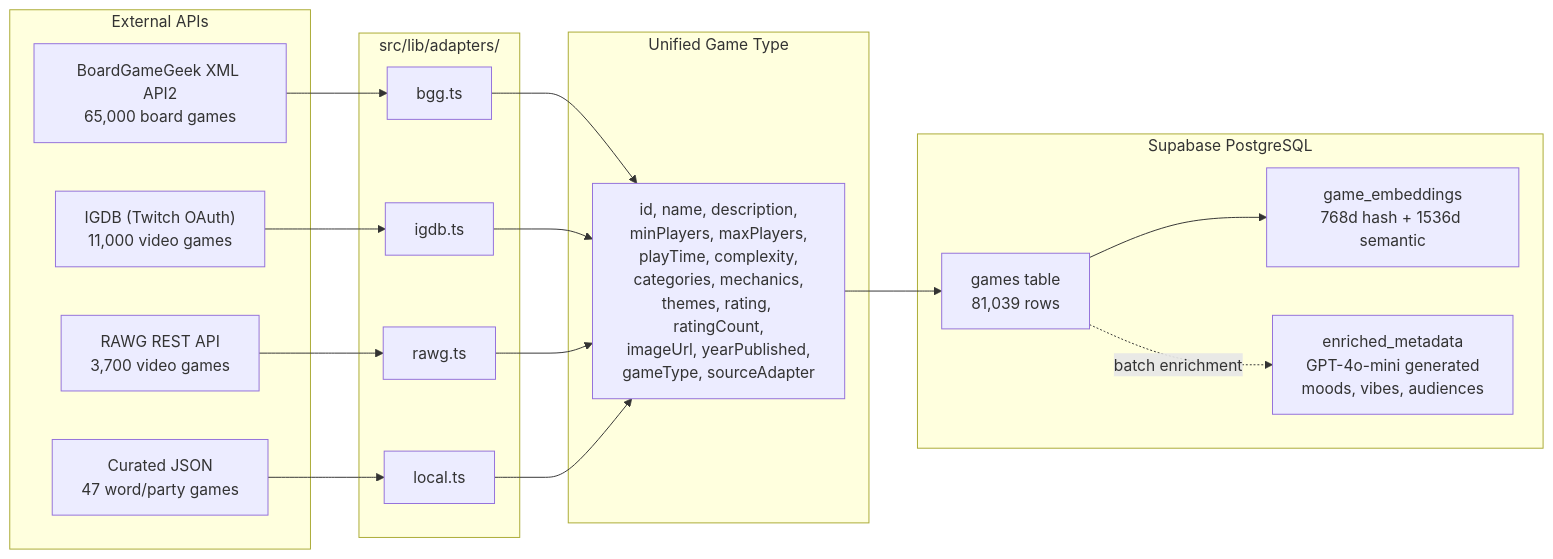
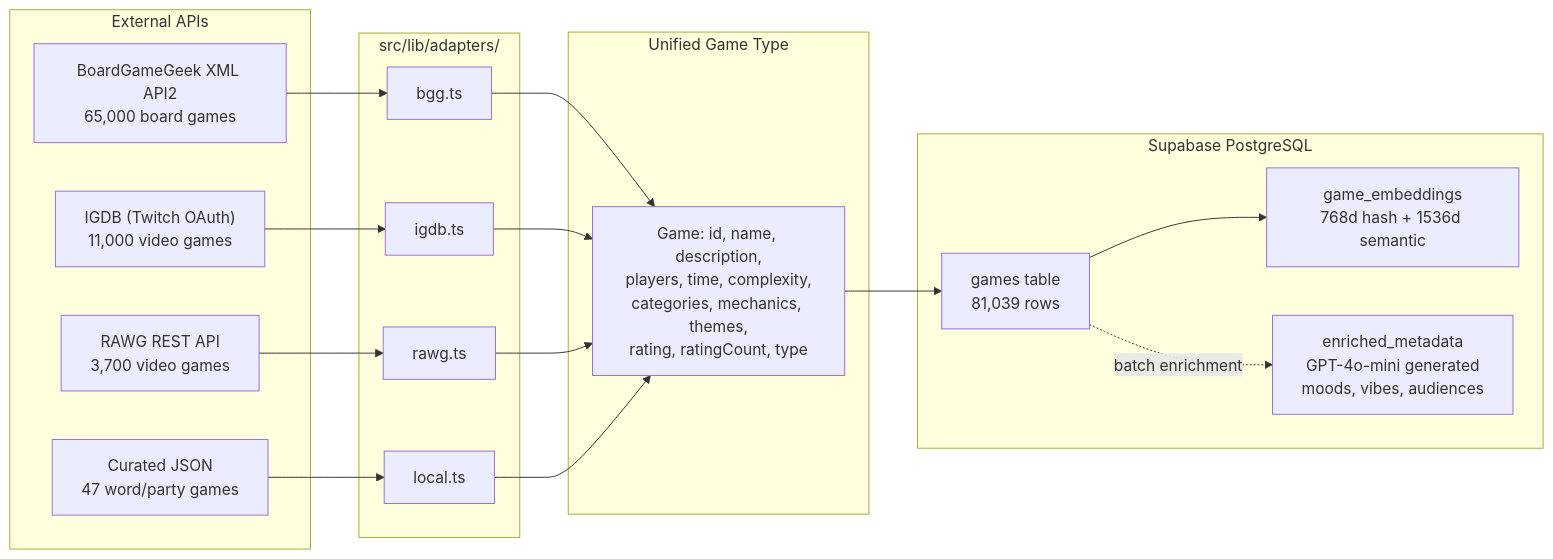
The sixth of 11 diagrams in docs/TECHNICAL-REVIEW-PACKET.md (stopitdan/recommendagame), drawn with Mermaid before and after one commit. The commit also changed other lines of this file and 2 other files, not shown here.

First line of the commit message:
Fix mermaid diagrams: simplify nodes that caused 'Unsupported markdown: list'

````diff
--- a/docs/TECHNICAL-REVIEW-PACKET.md
+++ b/docs/TECHNICAL-REVIEW-PACKET.md
@@ -375,34 +375,34 @@
 ```mermaid
 flowchart LR
     subgraph Sources["External APIs"]
         BGG["BoardGameGeek XML API2<br/>65,000 board games"]
         IGDB["IGDB (Twitch OAuth)<br/>11,000 video games"]
         RAWG["RAWG REST API<br/>3,700 video games"]
         LOCAL["Curated JSON<br/>47 word/party games"]
     end
 
     subgraph Adapters["src/lib/adapters/"]
         AB["bgg.ts"]
         AI["igdb.ts"]
         AR["rawg.ts"]
         AL["local.ts"]
     end
 
     subgraph Unified["Unified Game Type"]
-        GAME["id, name, description,<br/>minPlayers, maxPlayers,<br/>playTime, complexity,<br/>categories, mechanics,<br/>themes, rating, ratingCount,<br/>imageUrl, yearPublished,<br/>gameType, sourceAdapter"]
+        GAME["Game: id, name, description,<br/>players, time, complexity,<br/>categories, mechanics, themes,<br/>rating, ratingCount, type"]
     end
 
     subgraph Storage["Supabase PostgreSQL"]
         GAMES_T["games table<br/>81,039 rows"]
         EMBED_T["game_embeddings<br/>768d hash + 1536d semantic"]
         META_T["enriched_metadata<br/>GPT-4o-mini generated<br/>moods, vibes, audiences"]
     end
 
     BGG --> AB --> GAME
     IGDB --> AI --> GAME
     RAWG --> AR --> GAME
     LOCAL --> AL --> GAME
     GAME --> GAMES_T
     GAMES_T --> EMBED_T
     GAMES_T -.->|"batch enrichment"| META_T
 ```
````
